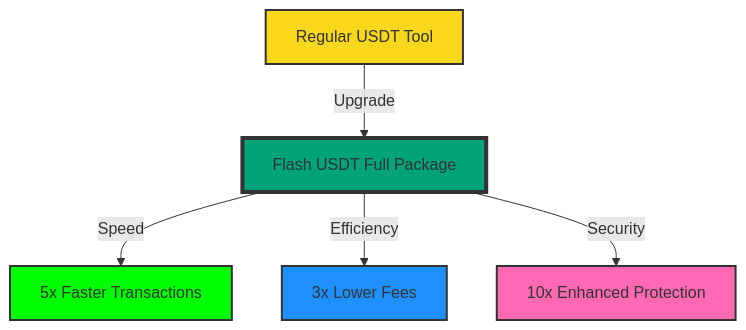
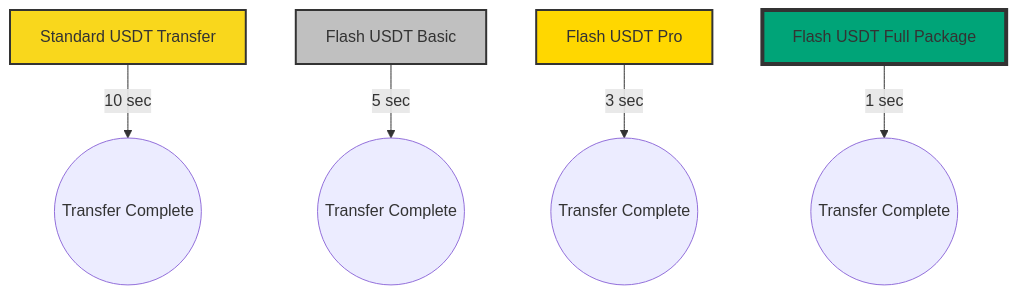
Before and after one commit to likhonsible/Flash-USDT-Sender: the first of 2 diagrams in README.md, drawn with Mermaid. The commit also changed other lines of this file, not shown here.

````diff
--- a/README.md
+++ b/README.md
@@ -55,12 +59,11 @@
 ```mermaid
 graph TD
-    A[Regular USDT Tool] -->|Upgrade| B[Flash USDT Full Package]
-    B -->|Speed| C[5x Faster Transactions]
-    B -->|Efficiency| D[3x Lower Fees]
-    B -->|Security| E[10x Enhanced Protection]
+    A[Standard USDT Transfer] -->|10 sec| B((Transfer Complete))
+    C[Flash USDT Basic] -->|5 sec| D((Transfer Complete))
+    E[Flash USDT Pro] -->|3 sec| F((Transfer Complete))
+    G[Flash USDT Full Package] -->|1 sec| H((Transfer Complete))
     style A fill:#f9d71c,stroke:#333,stroke-width:2px
-    style B fill:#00A478,stroke:#333,stroke-width:4px
-    style C fill:#00ff00,stroke:#333,stroke-width:2px
-    style D fill:#1e90ff,stroke:#333,stroke-width:2px
-    style E fill:#ff69b4,stroke:#333,stroke-width:2px
+    style C fill:#c0c0c0,stroke:#333,stroke-width:2px
+    style E fill:#ffd700,stroke:#333,stroke-width:2px
+    style G fill:#00A478,stroke:#333,stroke-width:4px
 ```
````
